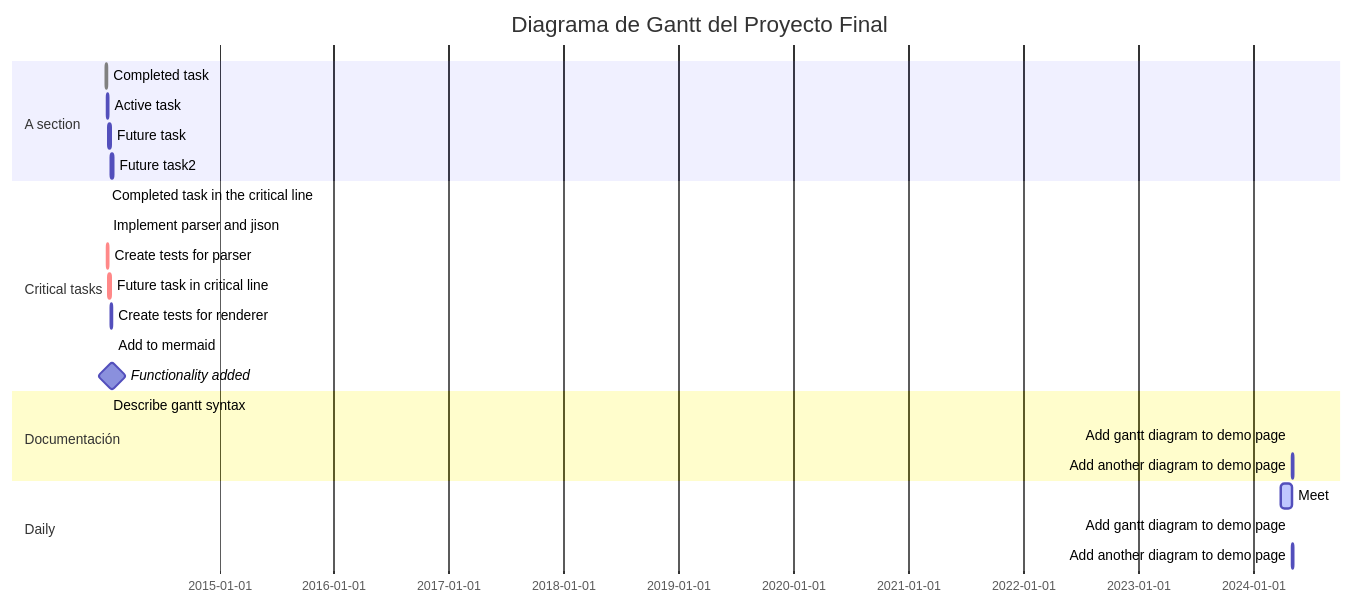
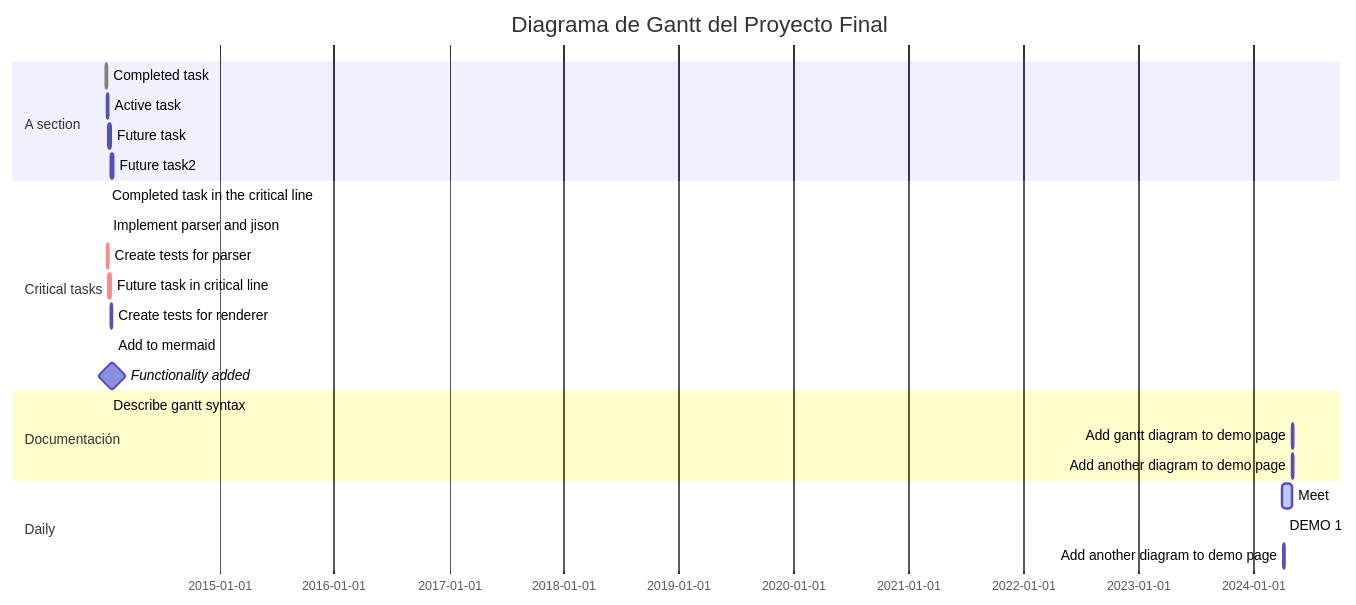
The diagram in README.md (Beth-94/testmermaid), drawn with Mermaid before and after one commit.

````diff
--- a/README.md
+++ b/README.md
@@ -8,33 +8,33 @@
 ```mermaid
 gantt
     dateFormat  YYYY-MM-DD
     title       Diagrama de Gantt del Proyecto Final
     excludes    weekends
     %% (`excludes` accepts specific dates in YYYY-MM-DD format, days of the week ("sunday") or "weekends", but not the word "weekdays".)
 
     section A section
     Completed task            :done,    des1, 2014-01-06,2014-01-08
     Active task               :active,  des2, 2014-01-09, 3d
     Future task               :         des3, after des2, 5d
     Future task2              :         des4, after des3, 5d
 
     section Critical tasks
     Completed task in the critical line :crit, done, 2014-01-06,24h
     Implement parser and jison          :crit, done, after des1, 2d
     Create tests for parser             :crit, active, 3d
     Future task in critical line        :crit, 5d
     Create tests for renderer           :2d
     Add to mermaid                      :until isadded
     Functionality added                 :milestone, isadded, 2014-01-25, 0d
 
     section Documentación
     Describe gantt syntax               :active, a1, after des1, 3d
     Add gantt diagram to demo page      :after a1  , 20h
     Add another diagram to demo page    :doc1, after a1  , 48h
 
     section Daily
     Meet               :active, a1, 2024-04-01, 25d
-    Add gantt diagram to demo page      :20h
+    DEMO 1                             :after Meet, 2024-04-05, 0d
     Add another diagram to demo page    :48h
 
 ```
````
